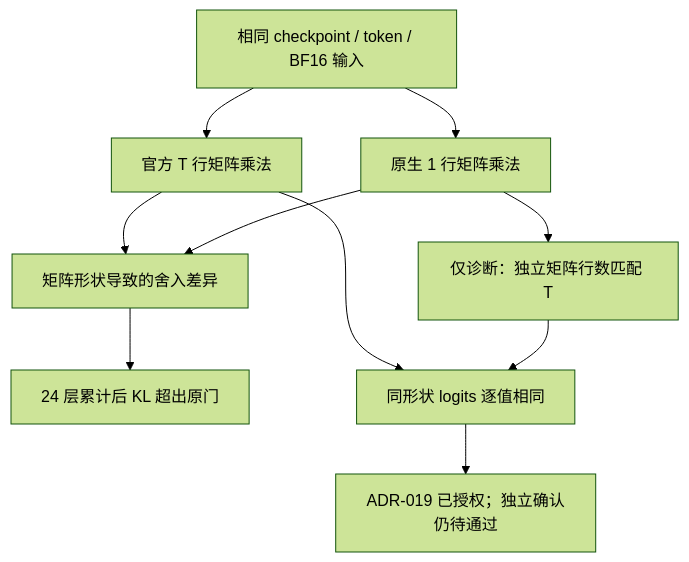
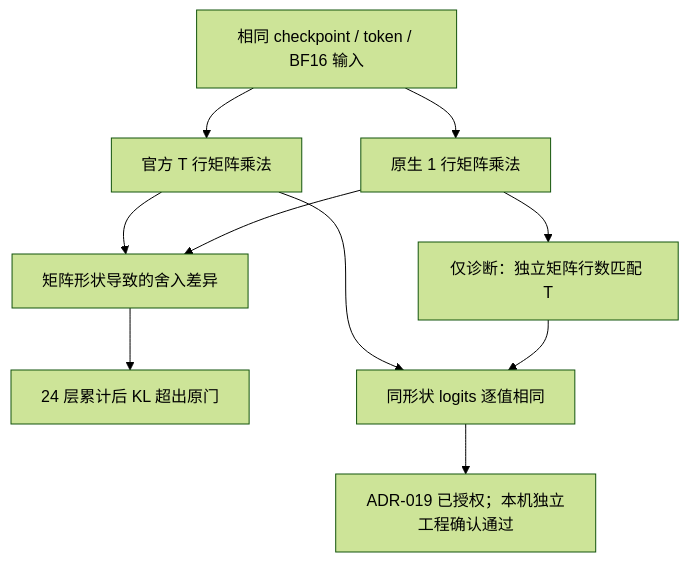
Before and after one commit to yynil/long_long_agent: the diagram in reports/generation_parity_diagnosis.md, drawn with Mermaid (forest theme). The commit also changed other lines of this file and 4 other files, not shown here.

````diff
--- a/reports/generation_parity_diagnosis.md
+++ b/reports/generation_parity_diagnosis.md
@@ -7,12 +7,12 @@
 ```mermaid
 flowchart TD
     INPUT[相同 checkpoint / token / BF16 输入] --> FULL[官方 T 行矩阵乘法]
     INPUT --> RNN[原生 1 行矩阵乘法]
     FULL --> ROUND[矩阵形状导致的舍入差异]
     RNN --> ROUND
     ROUND --> KL[24 层累计后 KL 超出原门]
     RNN --> MATCH[仅诊断：独立矩阵行数匹配 T]
     FULL --> EXACT[同形状 logits 逐值相同]
     MATCH --> EXACT
-    EXACT --> ADR[ADR-019 已授权；独立确认仍待通过]
+    EXACT --> ADR[ADR-019 已授权；本机独立工程确认通过]
 ```
````
